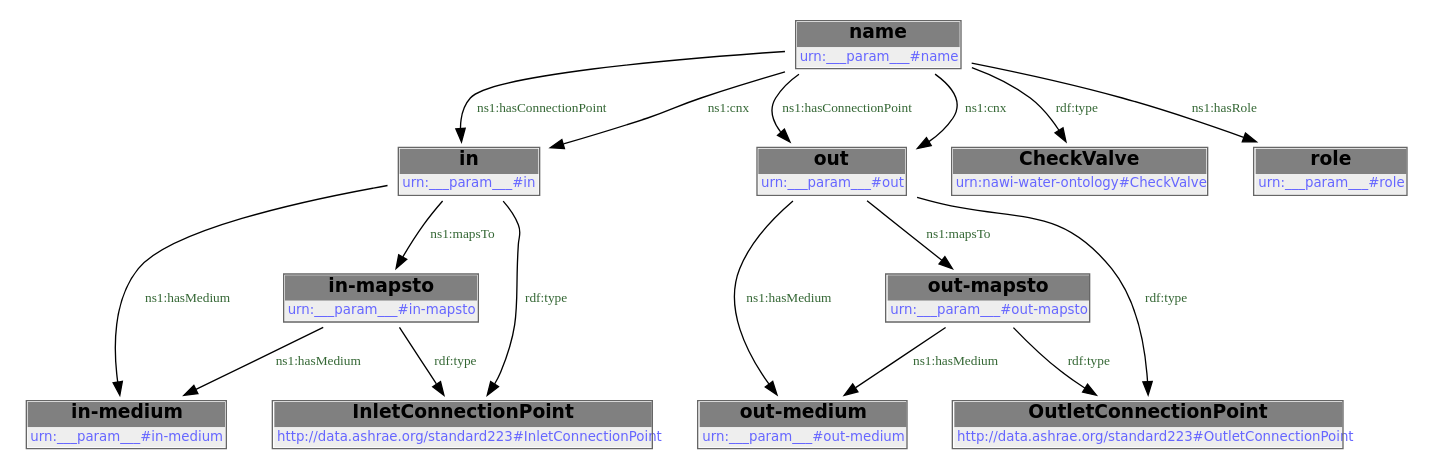
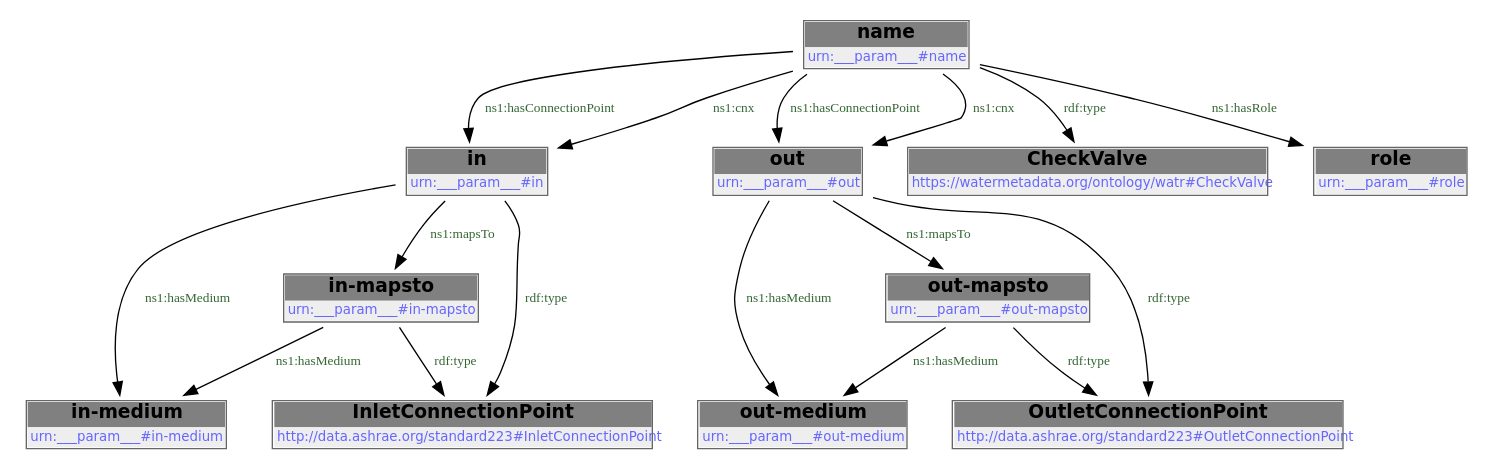
Before and after one commit to DataDrivenCPS/water-ontology: the second of 2 diagrams in docs/libraries/templates/check-valve.rst, drawn with Graphviz. The commit also changed other lines of this file and 43 other files, not shown here.

First line of the commit message:
feat: move ontology to https://watermetadata.org base URI

```diff
--- a/docs/libraries/templates/check-valve.rst
+++ b/docs/libraries/templates/check-valve.rst
@@ -102,32 +102,32 @@
         .. graphviz::
 
                 digraph G {
             node [fontname="DejaVu Sans"];
             node0 -> node1 [color=BLACK, label=< <font point-size='10' color='#336633'>ns1:hasConnectionPoint</font> >];
             node1 -> node2 [color=BLACK, label=< <font point-size='10' color='#336633'>ns1:hasMedium</font> >];
             node0 -> node3 [color=BLACK, label=< <font point-size='10' color='#336633'>ns1:hasConnectionPoint</font> >];
             node4 -> node2 [color=BLACK, label=< <font point-size='10' color='#336633'>ns1:hasMedium</font> >];
             node3 -> node5 [color=BLACK, label=< <font point-size='10' color='#336633'>ns1:hasMedium</font> >];
             node0 -> node1 [color=BLACK, label=< <font point-size='10' color='#336633'>ns1:cnx</font> >];
             node1 -> node6 [color=BLACK, label=< <font point-size='10' color='#336633'>rdf:type</font> >];
             node0 -> node3 [color=BLACK, label=< <font point-size='10' color='#336633'>ns1:cnx</font> >];
             node7 -> node8 [color=BLACK, label=< <font point-size='10' color='#336633'>rdf:type</font> >];
             node4 -> node6 [color=BLACK, label=< <font point-size='10' color='#336633'>rdf:type</font> >];
             node3 -> node7 [color=BLACK, label=< <font point-size='10' color='#336633'>ns1:mapsTo</font> >];
             node0 -> node9 [color=BLACK, label=< <font point-size='10' color='#336633'>rdf:type</font> >];
             node3 -> node8 [color=BLACK, label=< <font point-size='10' color='#336633'>rdf:type</font> >];
             node7 -> node5 [color=BLACK, label=< <font point-size='10' color='#336633'>ns1:hasMedium</font> >];
             node0 -> node10 [color=BLACK, label=< <font point-size='10' color='#336633'>ns1:hasRole</font> >];
             node1 -> node4 [color=BLACK, label=< <font point-size='10' color='#336633'>ns1:mapsTo</font> >];
             node0 [shape=none, color=black, label=< <table color='#666666' cellborder='0' cellspacing='0' border='1'><tr><td colspan='2' bgcolor='grey'><B>name</B></td></tr><tr><td href='urn:___param___#name' bgcolor='#eeeeee' colspan='2'><font point-size='10' color='#6666ff'>urn:___param___#name</font></td></tr></table> >];
             node1 [shape=none, color=black, label=< <table color='#666666' cellborder='0' cellspacing='0' border='1'><tr><td colspan='2' bgcolor='grey'><B>in</B></td></tr><tr><td href='urn:___param___#in' bgcolor='#eeeeee' colspan='2'><font point-size='10' color='#6666ff'>urn:___param___#in</font></td></tr></table> >];
             node2 [shape=none, color=black, label=< <table color='#666666' cellborder='0' cellspacing='0' border='1'><tr><td colspan='2' bgcolor='grey'><B>in-medium</B></td></tr><tr><td href='urn:___param___#in-medium' bgcolor='#eeeeee' colspan='2'><font point-size='10' color='#6666ff'>urn:___param___#in-medium</font></td></tr></table> >];
             node3 [shape=none, color=black, label=< <table color='#666666' cellborder='0' cellspacing='0' border='1'><tr><td colspan='2' bgcolor='grey'><B>out</B></td></tr><tr><td href='urn:___param___#out' bgcolor='#eeeeee' colspan='2'><font point-size='10' color='#6666ff'>urn:___param___#out</font></td></tr></table> >];
             node4 [shape=none, color=black, label=< <table color='#666666' cellborder='0' cellspacing='0' border='1'><tr><td colspan='2' bgcolor='grey'><B>in-mapsto</B></td></tr><tr><td href='urn:___param___#in-mapsto' bgcolor='#eeeeee' colspan='2'><font point-size='10' color='#6666ff'>urn:___param___#in-mapsto</font></td></tr></table> >];
             node5 [shape=none, color=black, label=< <table color='#666666' cellborder='0' cellspacing='0' border='1'><tr><td colspan='2' bgcolor='grey'><B>out-medium</B></td></tr><tr><td href='urn:___param___#out-medium' bgcolor='#eeeeee' colspan='2'><font point-size='10' color='#6666ff'>urn:___param___#out-medium</font></td></tr></table> >];
             node6 [shape=none, color=black, label=< <table color='#666666' cellborder='0' cellspacing='0' border='1'><tr><td colspan='2' bgcolor='grey'><B>InletConnectionPoint</B></td></tr><tr><td href='http://data.ashrae.org/standard223#InletConnectionPoint' bgcolor='#eeeeee' colspan='2'><font point-size='10' color='#6666ff'>http://data.ashrae.org/standard223#InletConnectionPoint</font></td></tr></table> >];
             node7 [shape=none, color=black, label=< <table color='#666666' cellborder='0' cellspacing='0' border='1'><tr><td colspan='2' bgcolor='grey'><B>out-mapsto</B></td></tr><tr><td href='urn:___param___#out-mapsto' bgcolor='#eeeeee' colspan='2'><font point-size='10' color='#6666ff'>urn:___param___#out-mapsto</font></td></tr></table> >];
             node8 [shape=none, color=black, label=< <table color='#666666' cellborder='0' cellspacing='0' border='1'><tr><td colspan='2' bgcolor='grey'><B>OutletConnectionPoint</B></td></tr><tr><td href='http://data.ashrae.org/standard223#OutletConnectionPoint' bgcolor='#eeeeee' colspan='2'><font point-size='10' color='#6666ff'>http://data.ashrae.org/standard223#OutletConnectionPoint</font></td></tr></table> >];
-            node9 [shape=none, color=black, label=< <table color='#666666' cellborder='0' cellspacing='0' border='1'><tr><td colspan='2' bgcolor='grey'><B>CheckValve</B></td></tr><tr><td href='urn:nawi-water-ontology#CheckValve' bgcolor='#eeeeee' colspan='2'><font point-size='10' color='#6666ff'>urn:nawi-water-ontology#CheckValve</font></td></tr></table> >];
+            node9 [shape=none, color=black, label=< <table color='#666666' cellborder='0' cellspacing='0' border='1'><tr><td colspan='2' bgcolor='grey'><B>CheckValve</B></td></tr><tr><td href='https://watermetadata.org/ontology/watr#CheckValve' bgcolor='#eeeeee' colspan='2'><font point-size='10' color='#6666ff'>https://watermetadata.org/ontology/watr#CheckValve</font></td></tr></table> >];
             node10 [shape=none, color=black, label=< <table color='#666666' cellborder='0' cellspacing='0' border='1'><tr><td colspan='2' bgcolor='grey'><B>role</B></td></tr><tr><td href='urn:___param___#role' bgcolor='#eeeeee' colspan='2'><font point-size='10' color='#6666ff'>urn:___param___#role</font></td></tr></table> >];
             }
```
